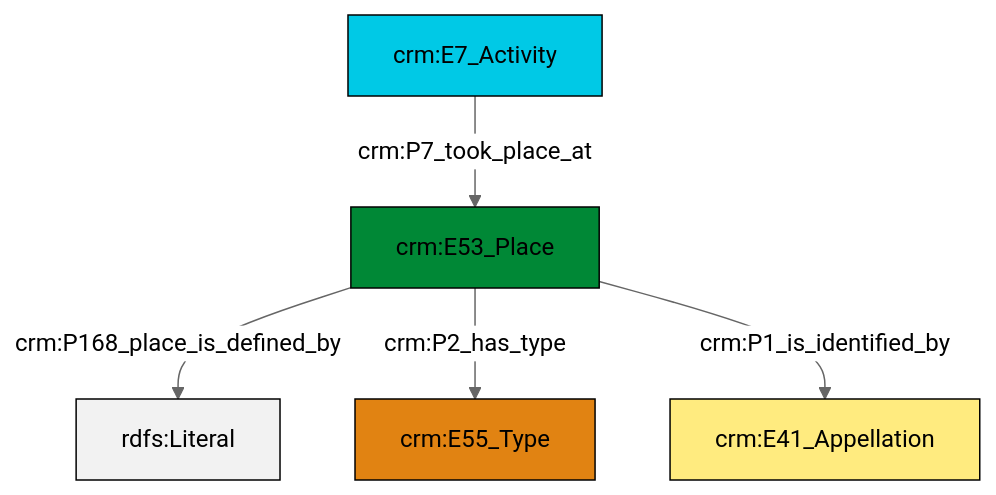
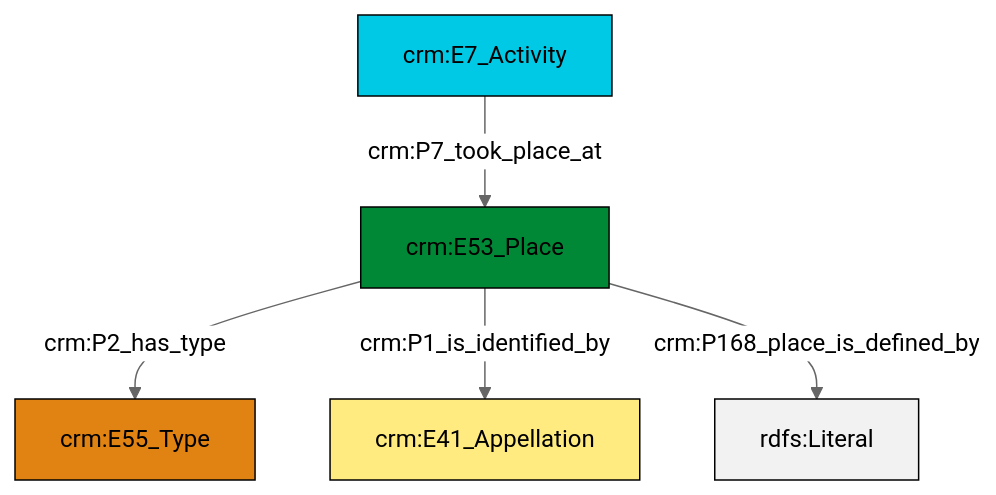
One commit to swiss-art-research-net/reference-data-models changed the diagram in et/eventCSV/ttl/mmd/event_location.ttl.mmd. Above: the diagram before and after it, drawn with Mermaid (neutral theme). The commit also changed 130 other files, not shown here.

```diff
--- a/et/eventCSV/ttl/mmd/event_location.ttl.mmd
+++ b/et/eventCSV/ttl/mmd/event_location.ttl.mmd
@@ -1,19 +1,19 @@
 graph TD
 classDef Literal fill:#f2f2f2,stroke:#000000;
 classDef CRM_Entity fill:#FFFFFF,stroke:#000000;
 classDef Temporal_Entity fill:#00C9E6, stroke:#000000;
 classDef Type fill:#E18312, stroke:#000000;
 classDef Time-Span fill:#2C9C91, stroke:#000000;
 classDef Appellation fill:#FFEB7F, stroke:#000000;
 classDef Place fill:#008836, stroke:#000000;
 classDef Persistent_Item fill:#B266B2, stroke:#000000;
 classDef Conceptual_Object fill:#FFD700, stroke:#000000;
 classDef Physical_Thing fill:#D2B48C, stroke:#000000;
 classDef Actor fill:#f58aad, stroke:#000000;
 classDef PC_Classes fill:#4ce600, stroke:#000000;
 classDef Multi fill:#cccccc,stroke:#000000;
 
-0["crm:E53_Place"]:::Place -->|crm:P168_place_is_defined_by| 2[rdfs:Literal]:::Literal
-0["crm:E53_Place"]:::Place -->|crm:P2_has_type| 3["crm:E55_Type"]:::Type
-5["crm:E7_Activity"]:::Temporal_Entity -->|crm:P7_took_place_at| 0["crm:E53_Place"]:::Place
-0["crm:E53_Place"]:::Place -->|crm:P1_is_identified_by| 7["crm:E41_Appellation"]:::Appellation
+2["crm:E53_Place"]:::Place -->|crm:P2_has_type| 4["crm:E55_Type"]:::Type
+2["crm:E53_Place"]:::Place -->|crm:P1_is_identified_by| 5["crm:E41_Appellation"]:::Appellation
+2["crm:E53_Place"]:::Place -->|crm:P168_place_is_defined_by| 7[rdfs:Literal]:::Literal
+0["crm:E7_Activity"]:::Temporal_Entity -->|crm:P7_took_place_at| 2["crm:E53_Place"]:::Place
```
